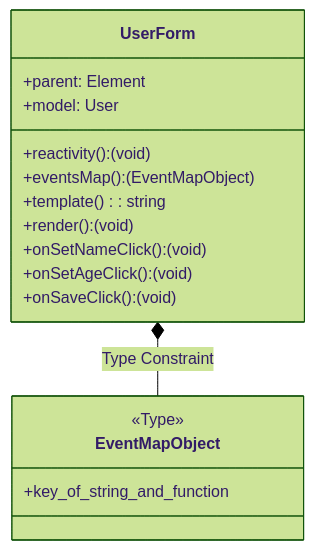
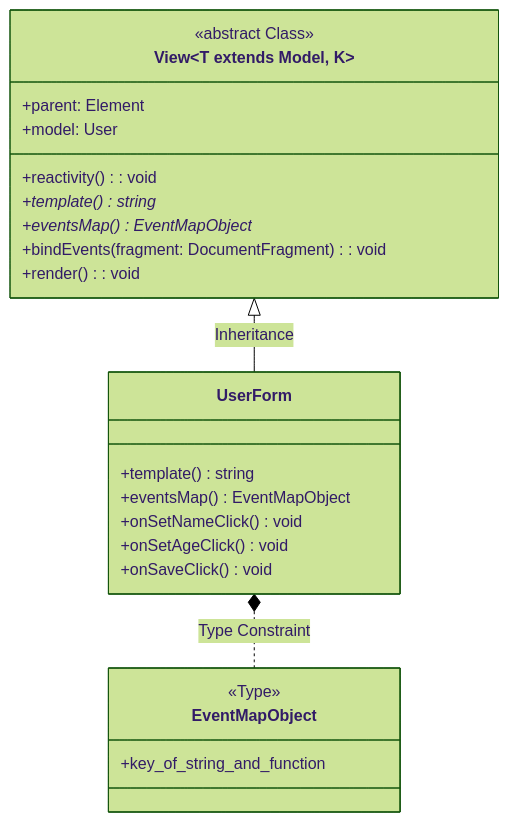
Before and after one commit to frzhen/typescript-web-framework: the third of 3 diagrams in README.md, drawn with Mermaid (forest theme). The commit also changed other lines of this file and 3 other files, not shown here.

Commit message:
Added View class to make UserForm reusable and updated README.md

````diff
--- a/README.md
+++ b/README.md
@@ -261,19 +204,26 @@
 ```mermaid
    classDiagram
-   class UserForm{
+   class View~T extends Model, K~ {
+   <<abstract Class>>
    +parent: Element
    +model: User
-   +reactivity(): (void)
-   +eventsMap(): (EventMapObject)
-   +template(): string
-   +render(): (void)
-   +onSetNameClick():(void)
-   +onSetAgeClick():(void)
-   +onSaveClick():(void)
+   +reactivity(): void
+   +template()* string
+   +eventsMap()* EventMapObject
+   +bindEvents(fragment: DocumentFragment): void
+   +render(): void
+   }
+   View <|-- UserForm: Inheritance
+   class UserForm{
+   +template() string
+   +eventsMap() EventMapObject
+   +onSetNameClick() void
+   +onSetAgeClick() void
+   +onSaveClick() void
    }
    class EventMapObject {
    <<Type>>
    +key_of_string_and_function
    }
-   UserForm *-- EventMapObject: Type Constraint
+   UserForm *.. EventMapObject: Type Constraint
 ```
````
